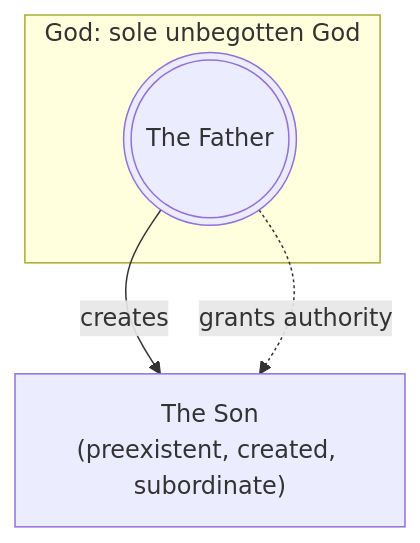
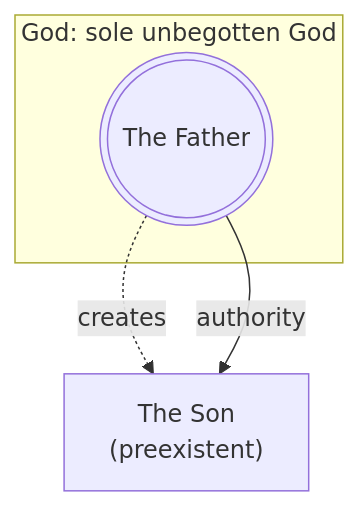
One commit to life-and-dev/son changed the fifth of 8 diagrams in trinity.md. Above: the diagram before and after it, drawn with Mermaid. The commit also changed other lines of this file, not shown here.

````diff
--- a/trinity.md
+++ b/trinity.md
@@ -184,8 +184,8 @@
 ```mermaid
 graph TD
     subgraph God["God: sole unbegotten God"]
         Father(((The Father)))
     end
-    Father -->|"creates"| Christ["The Son\n(preexistent, created, subordinate)"]
-    Father -.->|"grants authority"| Christ
+    Father -.->|"creates"| Christ["The Son\n(preexistent)"]
+    Father -->|"authority"| Christ
 ```
````
